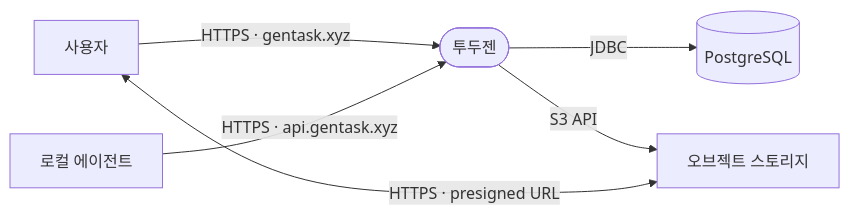
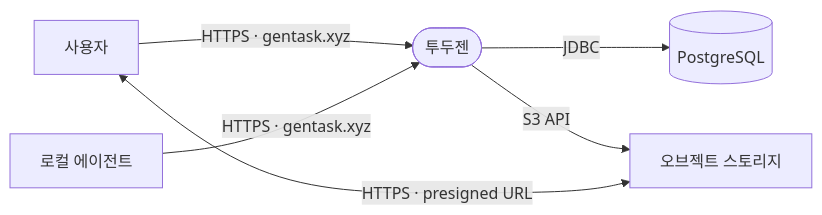
One commit to dev-goraebap/gentask changed the diagram in docs/architecture/03-context-and-scope.md. Above: the diagram before and after it, drawn with Mermaid. The commit also changed other lines of this file and 4 other files, not shown here.

````diff
--- a/docs/architecture/03-context-and-scope.md
+++ b/docs/architecture/03-context-and-scope.md
@@ -5,14 +5,14 @@
 ```mermaid
 flowchart LR
     user["사용자"]
     agent["로컬 에이전트"]
     gentask(["투두젠"])
     storage["오브젝트 스토리지"]
     db[("PostgreSQL")]
 
     user -- "HTTPS · gentask.xyz" --> gentask
-    agent -- "HTTPS · api.gentask.xyz" --> gentask
+    agent -- "HTTPS · gentask.xyz" --> gentask
     gentask -- "JDBC" --> db
     gentask -- "S3 API" --> storage
     user <-- "HTTPS · presigned URL" --> storage
 ```
````
